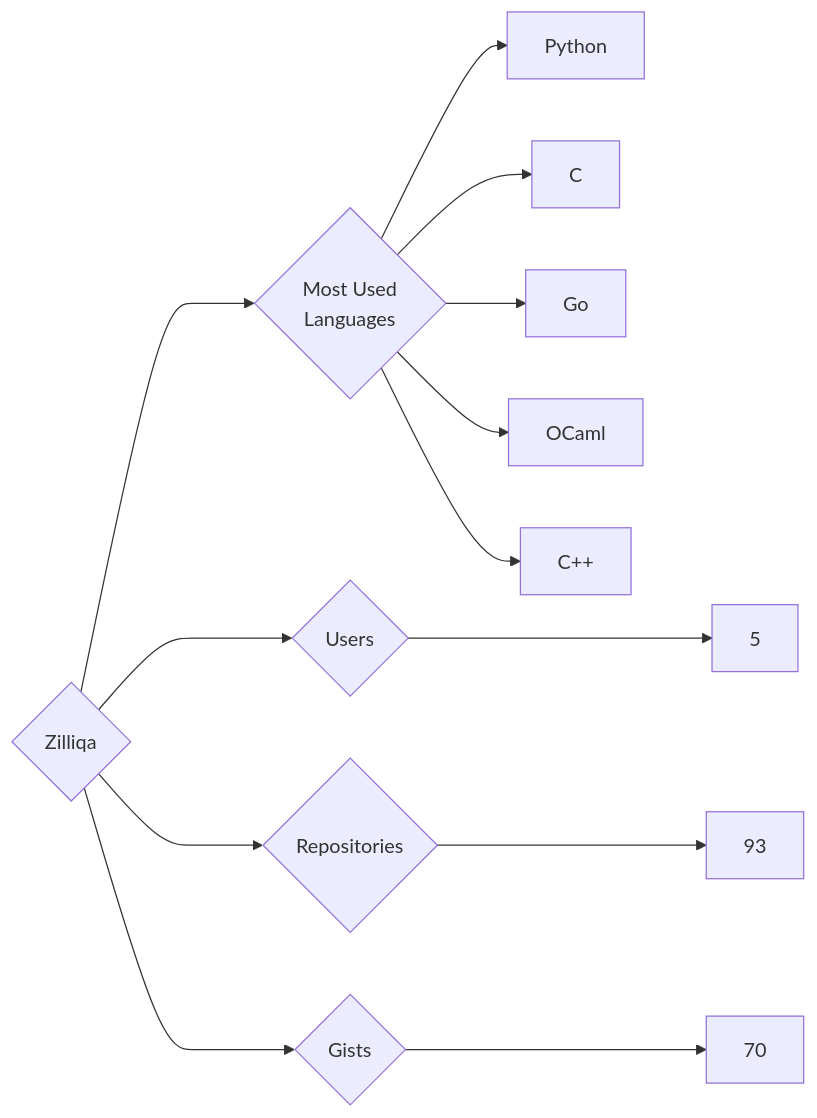
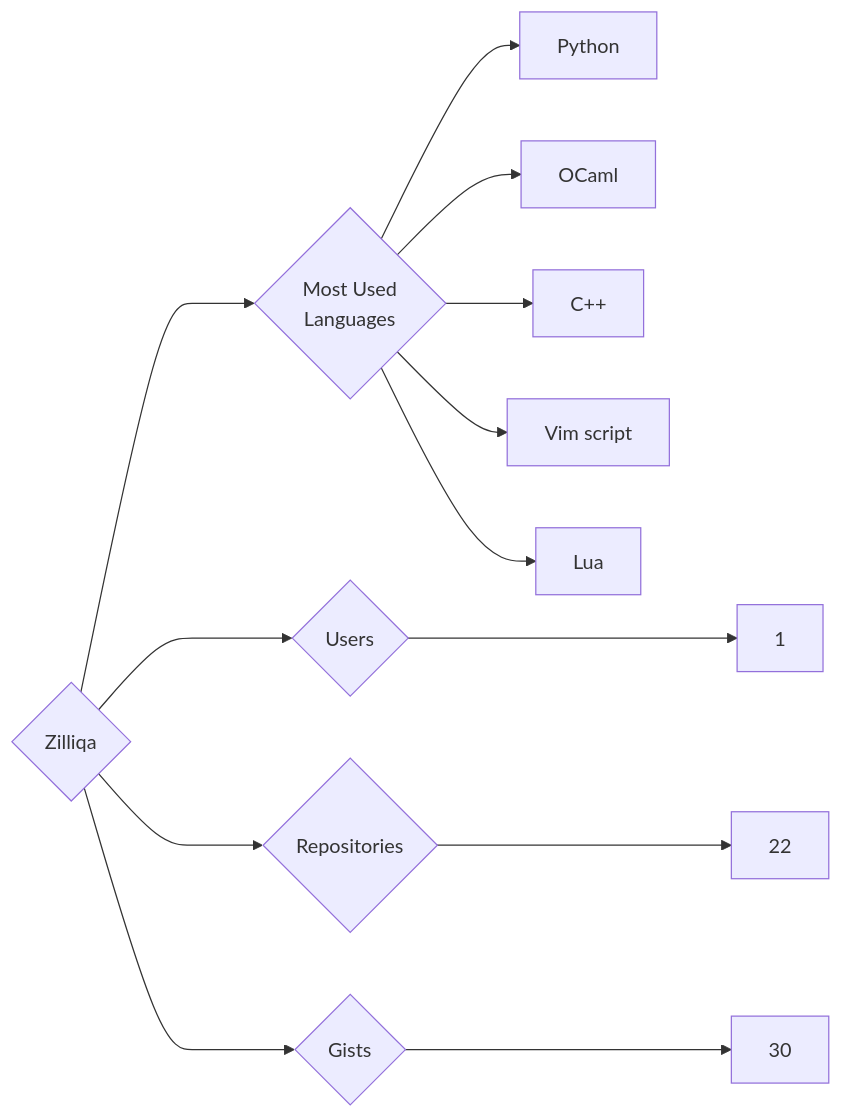
One commit to trickest/insiders changed the diagram in targets/Zilliqa/README.md. Above: the diagram before and after it, drawn with Mermaid. The commit also changed 770 other files, not shown here.

````diff
--- a/targets/Zilliqa/README.md
+++ b/targets/Zilliqa/README.md
@@ -3,13 +3,13 @@
 ```mermaid
 graph LR
 COMPANY_NAME{Zilliqa}
-COMPANY_NAME ---> U{Users} ---> UN[5]
-COMPANY_NAME ---> R{Repositories} ---> RN[93]
-COMPANY_NAME ---> G{Gists} ---> GN[70]
+COMPANY_NAME ---> U{Users} ---> UN[1]
+COMPANY_NAME ---> R{Repositories} ---> RN[22]
+COMPANY_NAME ---> G{Gists} ---> GN[30]
 COMPANY_NAME ---> ML{Most Used<br>Languages}
 ML --> Python[Python]
-ML --> C[C]
-ML --> Go[Go]
 ML --> OCaml[OCaml]
 ML --> C++[C++]
+ML --> Vim_script[Vim script]
+ML --> Lua[Lua]
 ```
````
